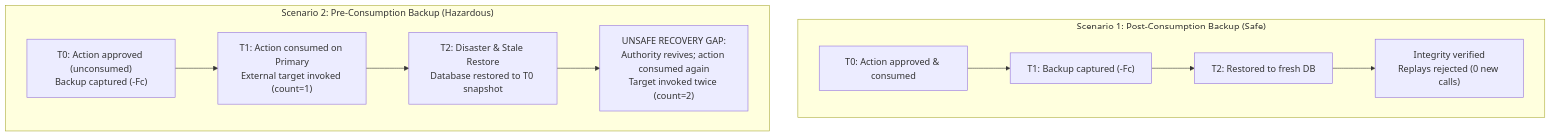
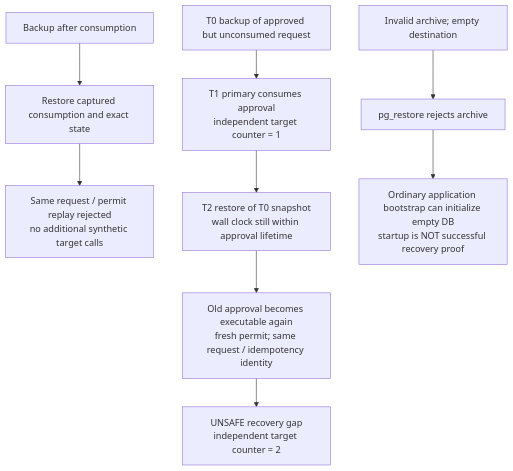
The diagram in docs/runbooks/simulator-backup-restore-qualification.md (hemantkgupta/tracepermit), drawn with Mermaid before and after one commit. The commit also changed other lines of this file and 4 other files, not shown here.

Commit message:
test(recovery): qualify exact restore state and expose bootstrap limits

````diff
--- a/docs/runbooks/simulator-backup-restore-qualification.md
+++ b/docs/runbooks/simulator-backup-restore-qualification.md
@@ -46,14 +15,11 @@
 ```mermaid
-flowchart TD
-  subgraph Scenario1["Scenario 1: Post-Consumption Backup (Safe)"]
-    A1["T0: Action approved & consumed"] --> A2["T1: Backup captured (-Fc)"]
-    A2 --> A3["T2: Restored to fresh DB"]
-    A3 --> A4["Integrity verified<br>Replays rejected (0 new calls)"]
-  end
-
-  subgraph Scenario2["Scenario 2: Pre-Consumption Backup (Hazardous)"]
-    B1["T0: Action approved (unconsumed)<br>Backup captured (-Fc)"] --> B2["T1: Action consumed on Primary<br>External target invoked (count=1)"]
-    B2 --> B3["T2: Disaster & Stale Restore<br>Database restored to T0 snapshot"]
-    B3 --> B4["UNSAFE RECOVERY GAP:<br>Authority revives; action consumed again<br>Target invoked twice (count=2)"]
-  end
+flowchart TB
+  A["Backup after consumption"] --> B["Restore captured consumption and exact state"]
+  B --> C["Same request / permit replay rejected<br>no additional synthetic target calls"]
+  D["T0 backup of approved but unconsumed request"] --> E["T1 primary consumes approval<br>independent target counter = 1"]
+  E --> F["T2 restore of T0 snapshot<br>wall clock still within approval lifetime"]
+  F --> G["Old approval becomes executable again<br>fresh permit; same request / idempotency identity"]
+  G --> H["UNSAFE recovery gap<br>independent target counter = 2"]
+  I["Invalid archive; empty destination"] --> J["pg_restore rejects archive"]
+  J --> K["Ordinary application bootstrap can initialize empty DB<br>startup is NOT successful recovery proof"]
 ```
````
